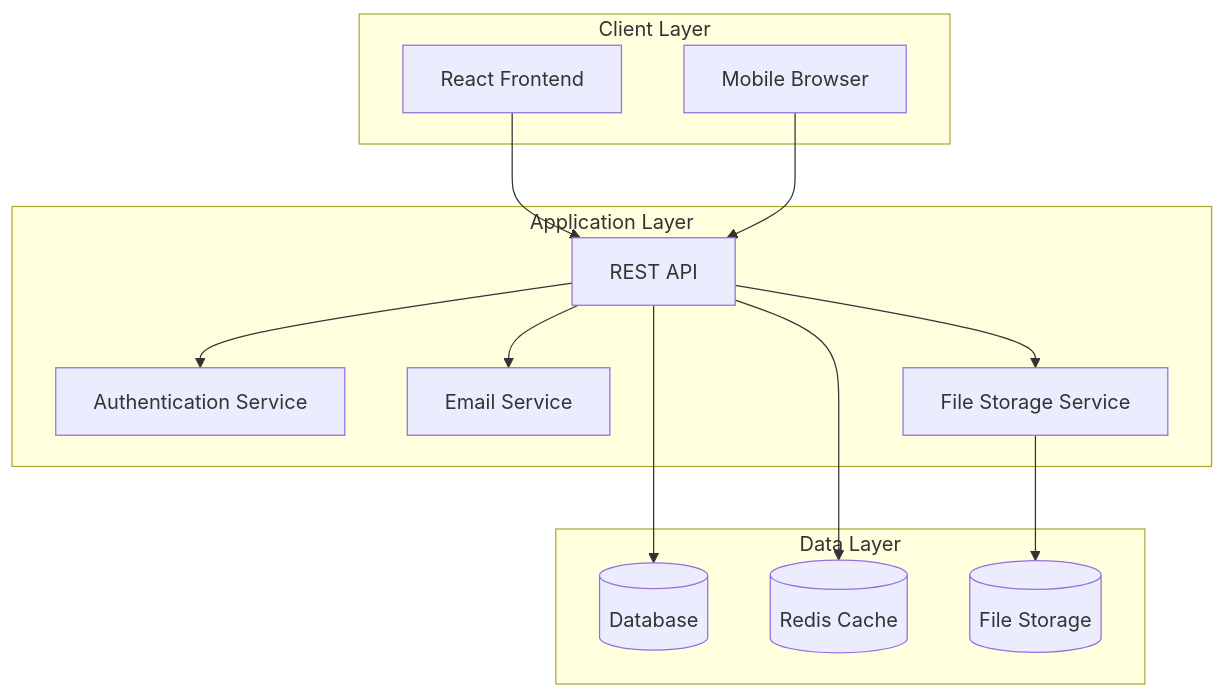
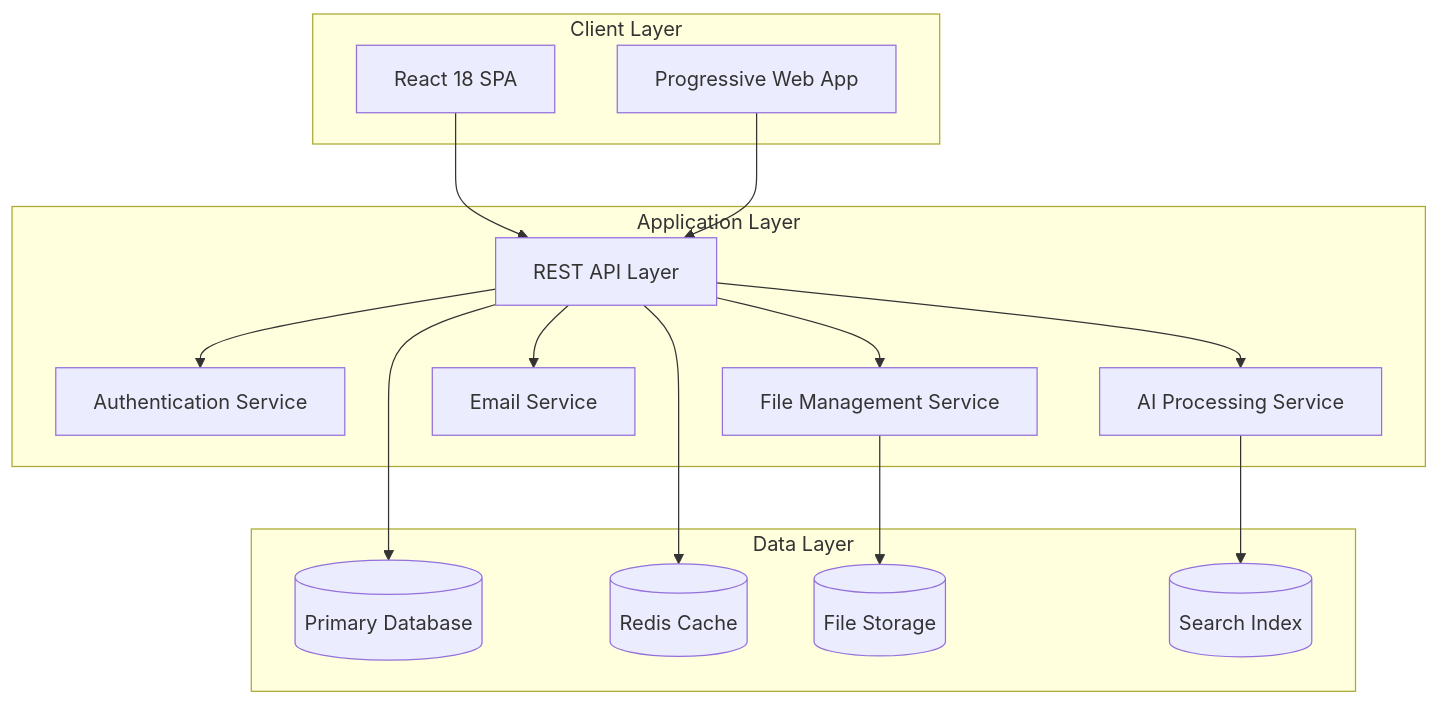
The first of 3 diagrams in Resources/SRS_DOCUMENT.md (solidrange/solidrange-form-flow), drawn with Mermaid before and after one commit. The commit also changed other lines of this file and 6 other files, not shown here.

````diff
--- a/Resources/SRS_DOCUMENT.md
+++ b/Resources/SRS_DOCUMENT.md
@@ -253,29 +472,33 @@
 ```mermaid
 graph TB
     subgraph "Client Layer"
-        UI[React Frontend]
-        Mobile[Mobile Browser]
+        UI[React 18 SPA]
+        PWA[Progressive Web App]
     end
     
     subgraph "Application Layer"
-        API[REST API]
-        Auth[Authentication Service]
-        Email[Email Service]
-        File[File Storage Service]
+        API[REST API Layer]
+        AUTH[Authentication Service]
+        FILE[File Management Service]
+        EMAIL[Email Service]
+        AI[AI Processing Service]
     end
     
     subgraph "Data Layer"
-        DB[(Database)]
-        Cache[(Redis Cache)]
-        Storage[(File Storage)]
+        DB[(Primary Database)]
+        CACHE[(Redis Cache)]
+        FILES[(File Storage)]
+        SEARCH[(Search Index)]
     end
     
     UI --> API
-    Mobile --> API
-    API --> Auth
-    API --> Email
-    API --> File
+    PWA --> API
+    API --> AUTH
+    API --> FILE
+    API --> EMAIL
+    API --> AI
     API --> DB
-    API --> Cache
-    File --> Storage
+    API --> CACHE
+    FILE --> FILES
+    AI --> SEARCH
 ```
````
